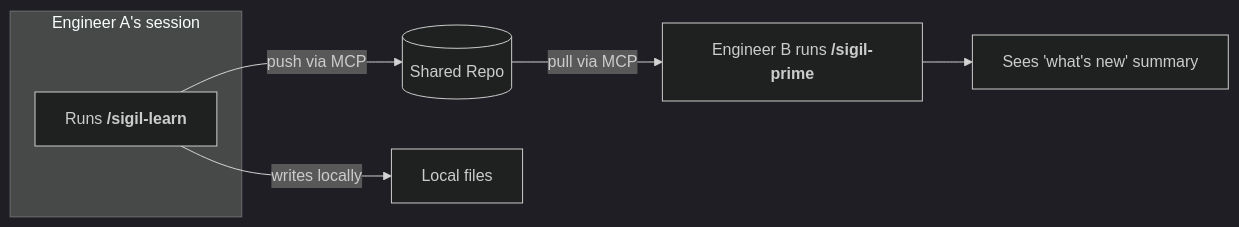
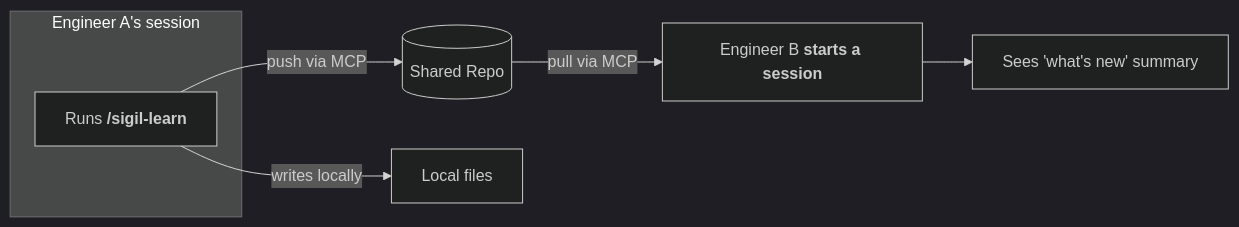
Before and after one commit to araserel/sigil-os: the third of 3 diagrams in sigil-plugin/docs/multi-team-workflow.md, drawn with Mermaid (dark theme). The commit also changed other lines of this file and 41 other files, not shown here.

````diff
--- a/sigil-plugin/docs/multi-team-workflow.md
+++ b/sigil-plugin/docs/multi-team-workflow.md
@@ -102,13 +102,13 @@
 ```mermaid
 flowchart LR
     subgraph SessionA["Engineer A's session"]
         CAPTURE["`Runs **/sigil-learn**`"]
     end
 
     CAPTURE -->|"push via MCP"| REPO[("Shared Repo")]
     CAPTURE -->|"writes locally"| LOCAL["Local files"]
 
-    REPO -->|"pull via MCP"| SessionB["`Engineer B runs **/sigil-prime**`"]
+    REPO -->|"pull via MCP"| SessionB["`Engineer B **starts a session**`"]
 
     SessionB --> READY["Sees 'what's new' summary"]
 ```
````
